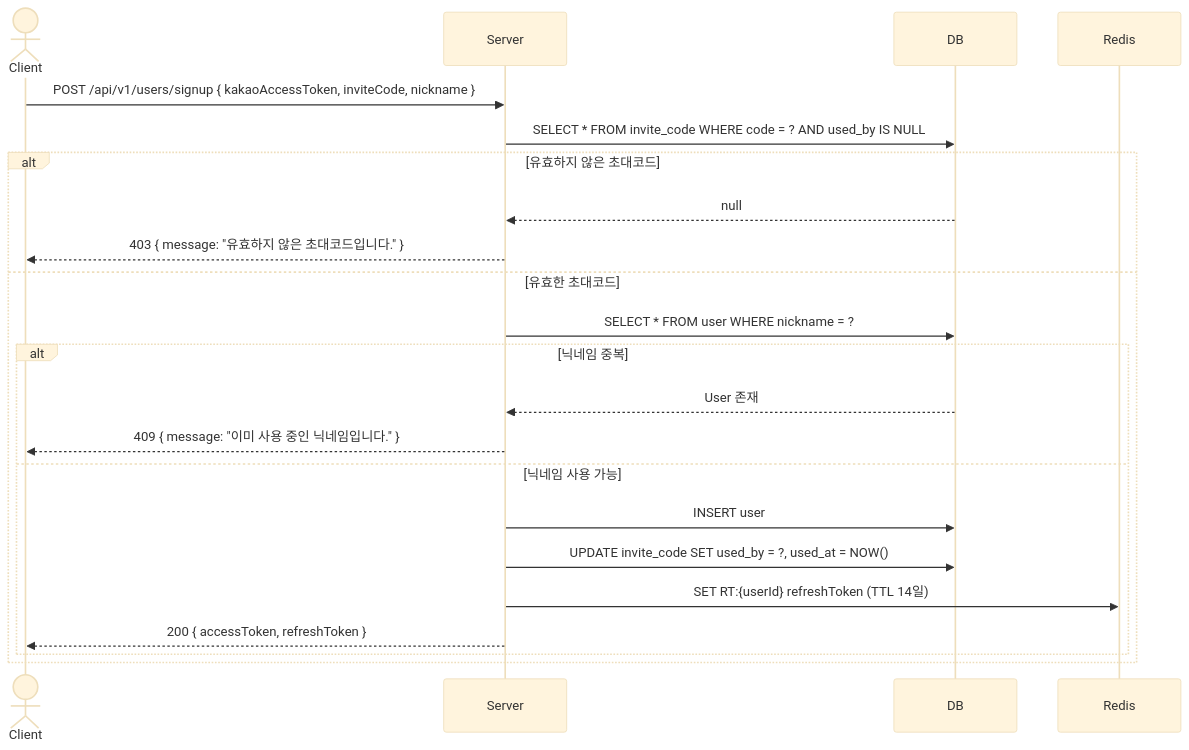
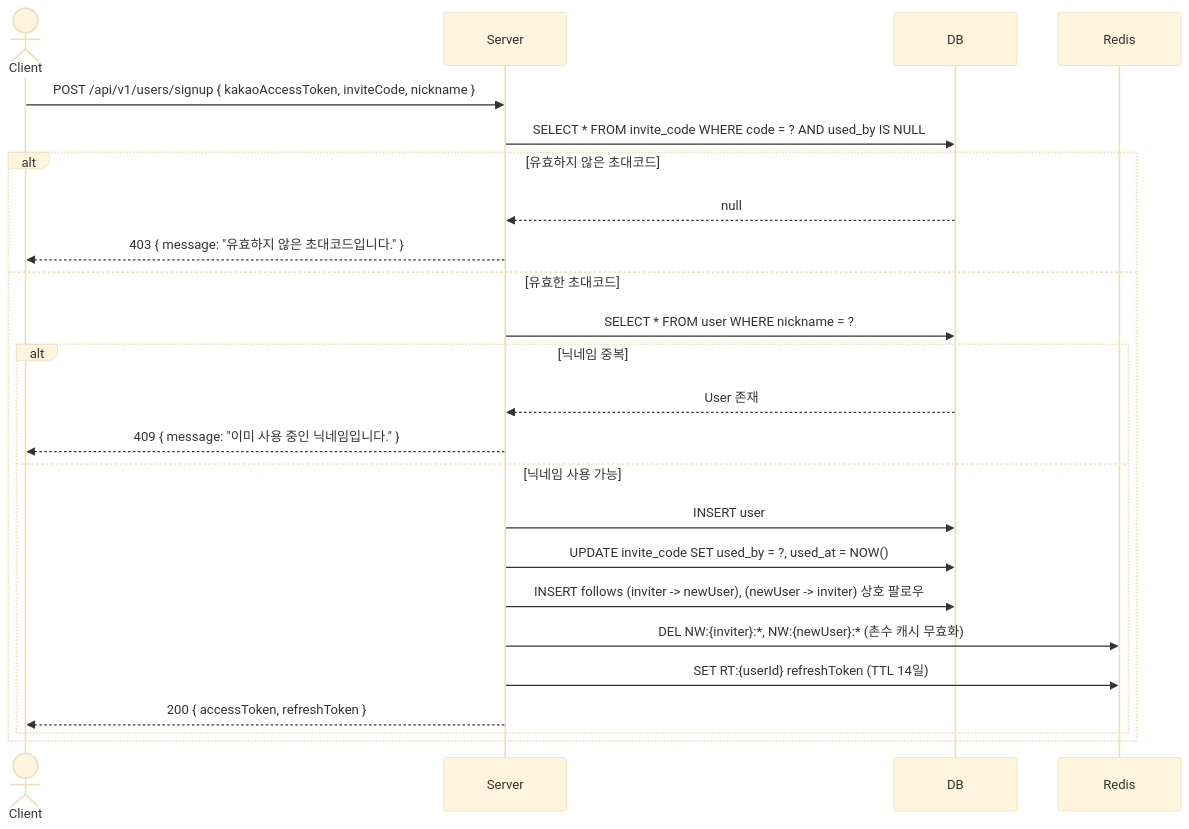
Before and after one commit to HAONMIK1/naknak-server: the third of 5 diagrams in docs/auth.md, drawn with Mermaid (base theme). The commit also changed other lines of this file and 1 other file, not shown here.

````diff
--- a/docs/auth.md
+++ b/docs/auth.md
@@ -79,26 +83,28 @@
 ```mermaid
 sequenceDiagram
     actor Client
     participant Server
     participant DB
     participant Redis
 
     Client->>Server: POST /api/v1/users/signup { kakaoAccessToken, inviteCode, nickname }
     Server->>DB: SELECT * FROM invite_code WHERE code = ? AND used_by IS NULL
     
     alt 유효하지 않은 초대코드
         DB-->>Server: null
         Server-->>Client: 403 { message: "유효하지 않은 초대코드입니다." }
     else 유효한 초대코드
         Server->>DB: SELECT * FROM user WHERE nickname = ?
         alt 닉네임 중복
             DB-->>Server: User 존재
             Server-->>Client: 409 { message: "이미 사용 중인 닉네임입니다." }
         else 닉네임 사용 가능
             Server->>DB: INSERT user
             Server->>DB: UPDATE invite_code SET used_by = ?, used_at = NOW()
+            Server->>DB: INSERT follows (inviter -> newUser), (newUser -> inviter) 상호 팔로우
+            Server->>Redis: DEL NW:{inviter}:*, NW:{newUser}:* (촌수 캐시 무효화)
             Server->>Redis: SET RT:{userId} refreshToken (TTL 14일)
             Server-->>Client: 200 { accessToken, refreshToken }
         end
     end
 ```
````
